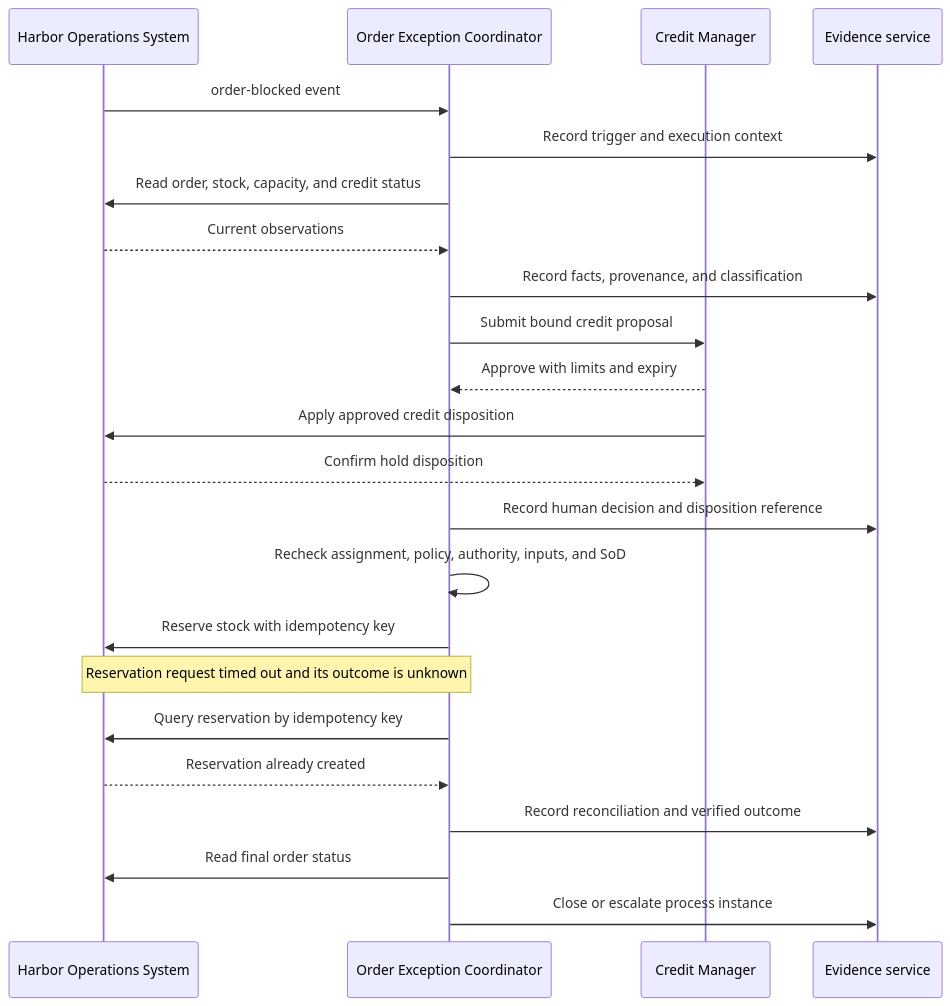
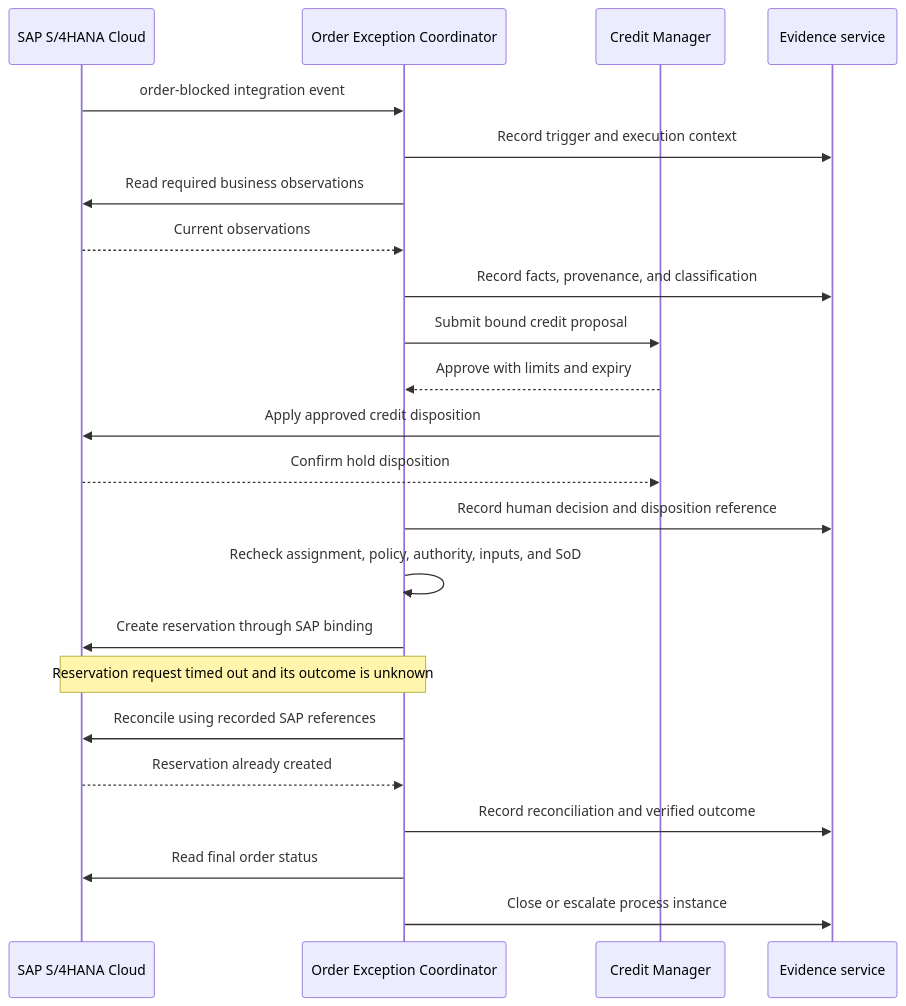
Before and after one commit to nauticana/charter: the diagram in examples/harbor-manufacturing/08_execution_walkthrough.md, drawn with Mermaid. The commit also changed other lines of this file and 12 other files, not shown here.

````diff
--- a/examples/harbor-manufacturing/08_execution_walkthrough.md
+++ b/examples/harbor-manufacturing/08_execution_walkthrough.md
@@ -7,26 +7,26 @@
 ```mermaid
 sequenceDiagram
-    participant HOS as Harbor Operations System
+    participant SAP as SAP S/4HANA Cloud
     participant Agent as Order Exception Coordinator
     participant Credit as Credit Manager
     participant Evidence as Evidence service
 
-    HOS->>Agent: order-blocked event
+    SAP->>Agent: order-blocked integration event
     Agent->>Evidence: Record trigger and execution context
-    Agent->>HOS: Read order, stock, capacity, and credit status
-    HOS-->>Agent: Current observations
+    Agent->>SAP: Read required business observations
+    SAP-->>Agent: Current observations
     Agent->>Evidence: Record facts, provenance, and classification
     Agent->>Credit: Submit bound credit proposal
     Credit-->>Agent: Approve with limits and expiry
-    Credit->>HOS: Apply approved credit disposition
-    HOS-->>Credit: Confirm hold disposition
+    Credit->>SAP: Apply approved credit disposition
+    SAP-->>Credit: Confirm hold disposition
     Agent->>Evidence: Record human decision and disposition reference
     Agent->>Agent: Recheck assignment, policy, authority, inputs, and SoD
-    Agent->>HOS: Reserve stock with idempotency key
-    Note over HOS,Agent: Reservation request timed out and its outcome is unknown
-    Agent->>HOS: Query reservation by idempotency key
-    HOS-->>Agent: Reservation already created
+    Agent->>SAP: Create reservation through SAP binding
+    Note over SAP,Agent: Reservation request timed out and its outcome is unknown
+    Agent->>SAP: Reconcile using recorded SAP references
+    SAP-->>Agent: Reservation already created
     Agent->>Evidence: Record reconciliation and verified outcome
-    Agent->>HOS: Read final order status
+    Agent->>SAP: Read final order status
     Agent->>Evidence: Close or escalate process instance
 ```
````
